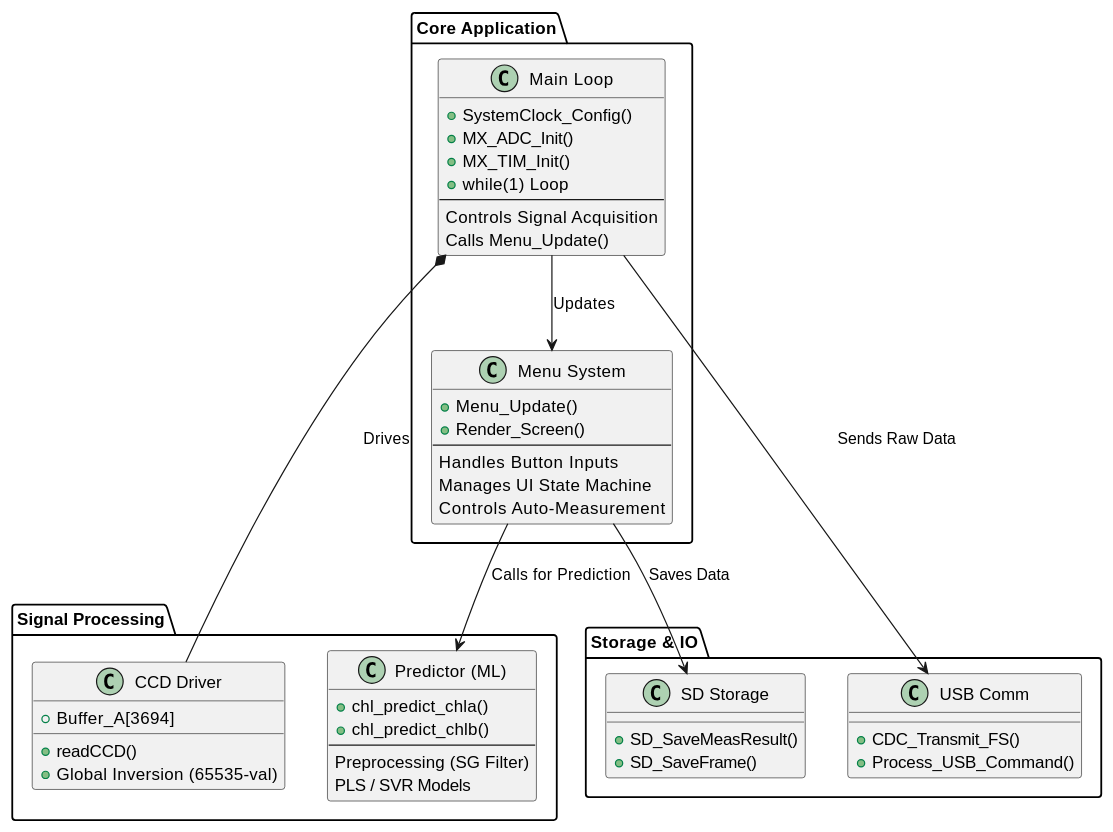
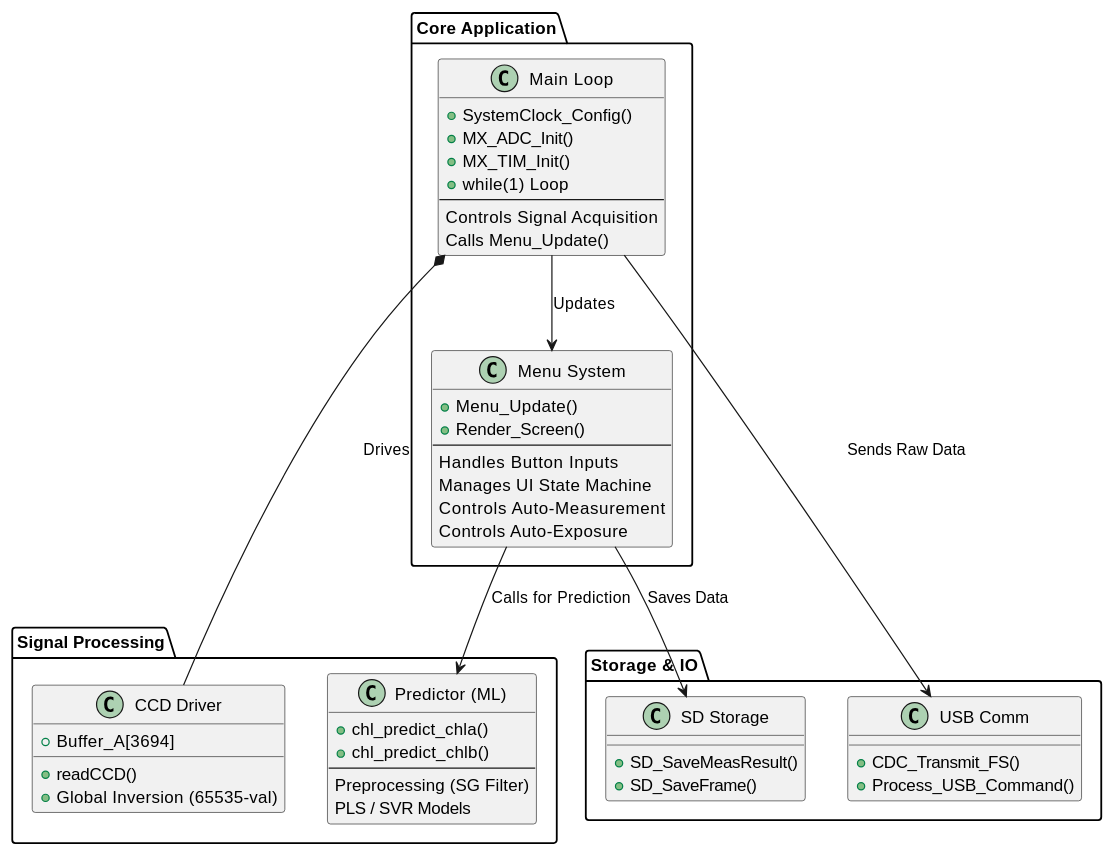
The second of 5 diagrams in system_diagrams.md (kenura-uoc/TCD1304_CCD_480MHz_FINAL), drawn with PlantUML before and after one commit. The commit also changed other lines of this file and 3 other files, not shown here.

````diff
--- a/system_diagrams.md
+++ b/system_diagrams.md
@@ -66,60 +67,61 @@
 ```plantuml
 @startuml
 allow_mixing
 
 package "Core Application" {
     class "Main Loop" as Main {
         + SystemClock_Config()
         + MX_ADC_Init()
         + MX_TIM_Init()
         + while(1) Loop
         --
         Controls Signal Acquisition
         Calls Menu_Update()
     }
 
     class "Menu System" as Menu {
         + Menu_Update()
         + Render_Screen()
         --
         Handles Button Inputs
         Manages UI State Machine
         Controls Auto-Measurement
+        Controls Auto-Exposure
     }
 }
 
 package "Signal Processing" {
     class "CCD Driver" as CCD {
         + Buffer_A[3694]
         + readCCD()
         + Global Inversion (65535-val)
     }
 
     class "Predictor (ML)" as ML {
         + chl_predict_chla()
         + chl_predict_chlb()
         --
         Preprocessing (SG Filter)
         PLS / SVR Models
     }
 }
 
 package "Storage & IO" {
     class "SD Storage" as Storage {
         + SD_SaveMeasResult()
         + SD_SaveFrame()
     }
     
     class "USB Comm" as USB {
         + CDC_Transmit_FS()
         + Process_USB_Command()
     }
 }
 
 Main *-- CCD : Drives
 Main --> Menu : Updates
 Menu --> ML : Calls for Prediction
 Menu --> Storage : Saves Data
 Main --> USB : Sends Raw Data
 @enduml
 ```
````
